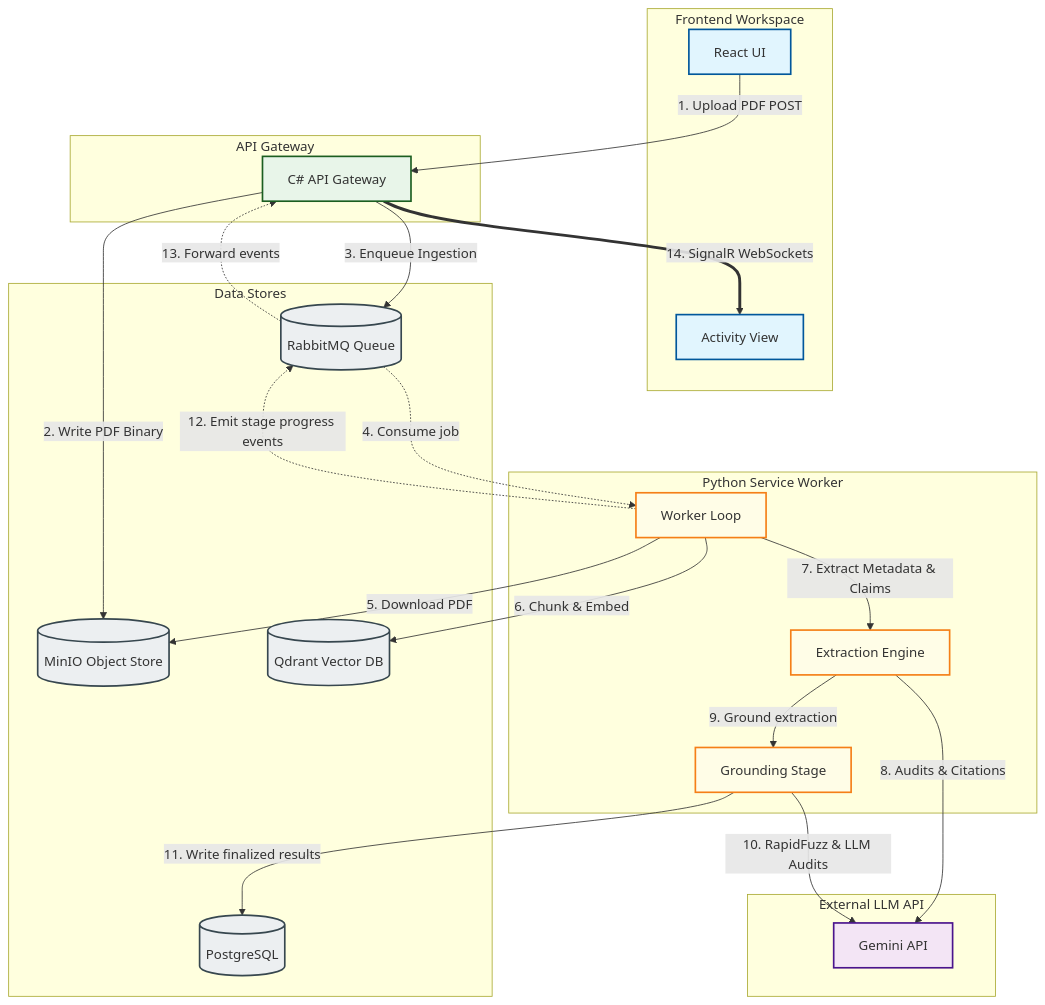
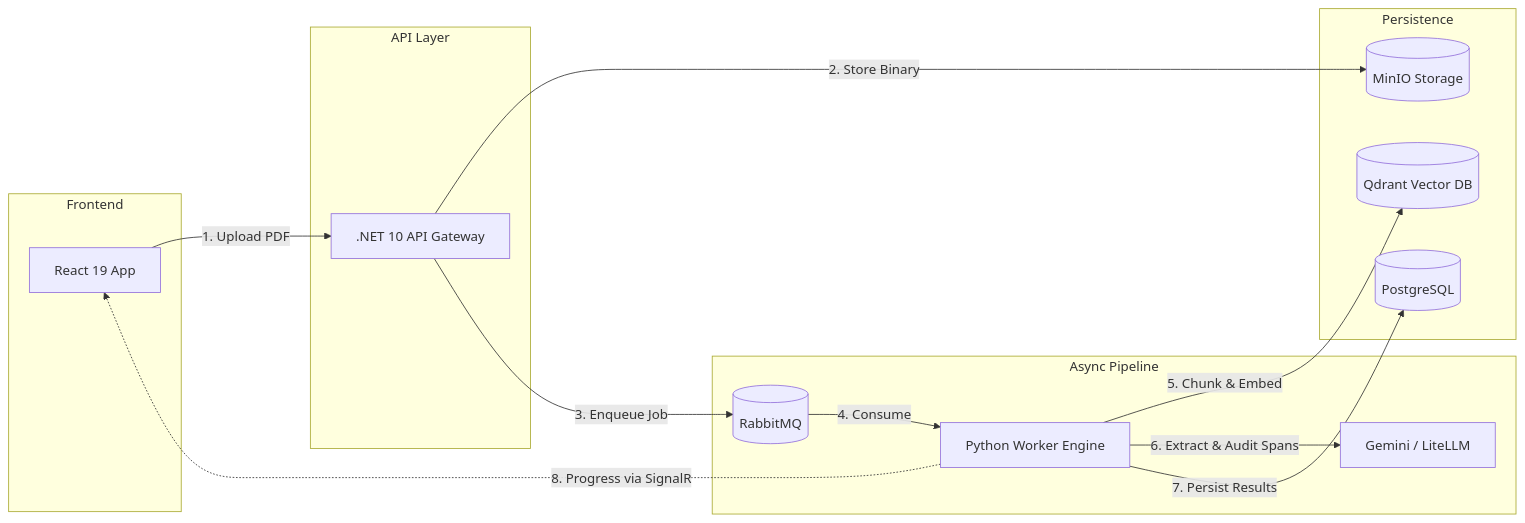
Before and after one commit to i-mouse/prism: the diagram in README.md, drawn with Mermaid. The commit also changed other lines of this file and 31 other files, not shown here.

````diff
--- a/README.md
+++ b/README.md
@@ -26,55 +27,31 @@
 ```mermaid
-flowchart TD
-    %% Subgraph Styling
-    classDef frontend fill:#e1f5fe,stroke:#01579b,stroke-width:2px;
-    classDef gateway fill:#e8f5e9,stroke:#1b5e20,stroke-width:2px;
-    classDef python fill:#fffde7,stroke:#f57f17,stroke-width:2px;
-    classDef store fill:#eceff1,stroke:#37474f,stroke-width:2px;
-    classDef llm fill:#f3e5f5,stroke:#4a148c,stroke-width:2px;
-
-    subgraph FE [Frontend Workspace]
-        UI[React UI]:::frontend
-        AV[Activity View]:::frontend
+flowchart LR
+    subgraph Client [Frontend]
+        UI[React 19 App]
     end
 
-    subgraph API [API Gateway]
-        GW[C# API Gateway]:::gateway
+    subgraph Gateway [API Layer]
+        GW[.NET 10 API Gateway]
     end
 
-    subgraph WORKER [Python Service Worker]
-        PK[Worker Loop]:::python
-        EXT[Extraction Engine]:::python
-        GRND[Grounding Stage]:::python
+    subgraph Processing [Async Pipeline]
+        MQ[(RabbitMQ)]
+        Worker[Python Worker Engine]
+        LLM[Gemini / LiteLLM]
     end
 
-    subgraph STORES [Data Stores]
-        MinIO[(MinIO Object Store)]:::store
-        MQ[(RabbitMQ Queue)]:::store
-        PG[(PostgreSQL)]:::store
-        QD[(Qdrant Vector DB)]:::store
+    subgraph Storage [Persistence]
+        MinIO[(MinIO Storage)]
+        Qdrant[(Qdrant Vector DB)]
+        PG[(PostgreSQL)]
     end
 
-    subgraph CLOUD [External LLM API]
-        Gemini[Gemini API]:::llm
-    end
-
-    %% Flow 1: Upload & Enqueue
-    UI -->|1. Upload PDF POST| GW
-    GW -->|2. Write PDF Binary| MinIO
-    GW -->|3. Enqueue Ingestion| MQ
-
-    %% Flow 2: Worker Consumption & Processing
-    MQ -.->|4. Consume job| PK
-    PK -->|5. Download PDF| MinIO
-    PK -->|6. Chunk & Embed| QD
-    PK -->|7. Extract Metadata & Claims| EXT
-    EXT -->|8. Audits & Citations| Gemini
-    EXT -->|9. Ground extraction| GRND
-    GRND -->|10. RapidFuzz & LLM Audits| Gemini
-    GRND -->|11. Write finalized results| PG
-
-    %% Flow 3: Progress & Completion Events
-    PK -.->|12. Emit stage progress events| MQ
-    MQ -.->|13. Forward events| GW
-    GW ==>|14. SignalR WebSockets| AV
+    UI -->|1. Upload PDF| GW
+    GW -->|2. Store Binary| MinIO
+    GW -->|3. Enqueue Job| MQ
+    MQ -->|4. Consume| Worker
+    Worker -->|5. Chunk & Embed| Qdrant
+    Worker -->|6. Extract & Audit Spans| LLM
+    Worker -->|7. Persist Results| PG
+    Worker -.->|8. Progress via SignalR| UI
 ```
````
